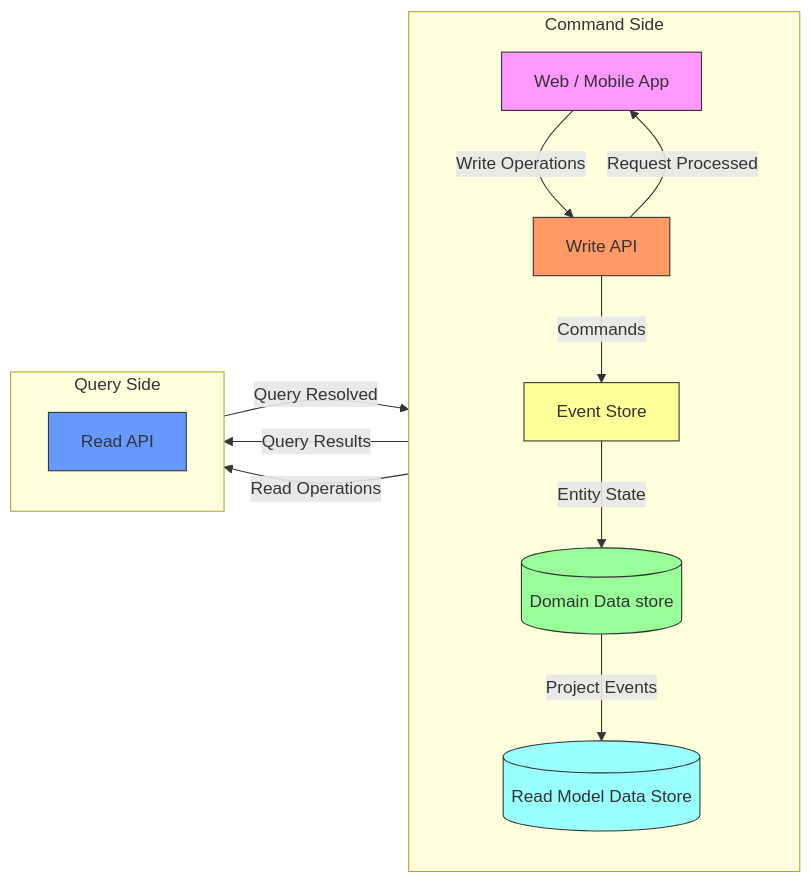
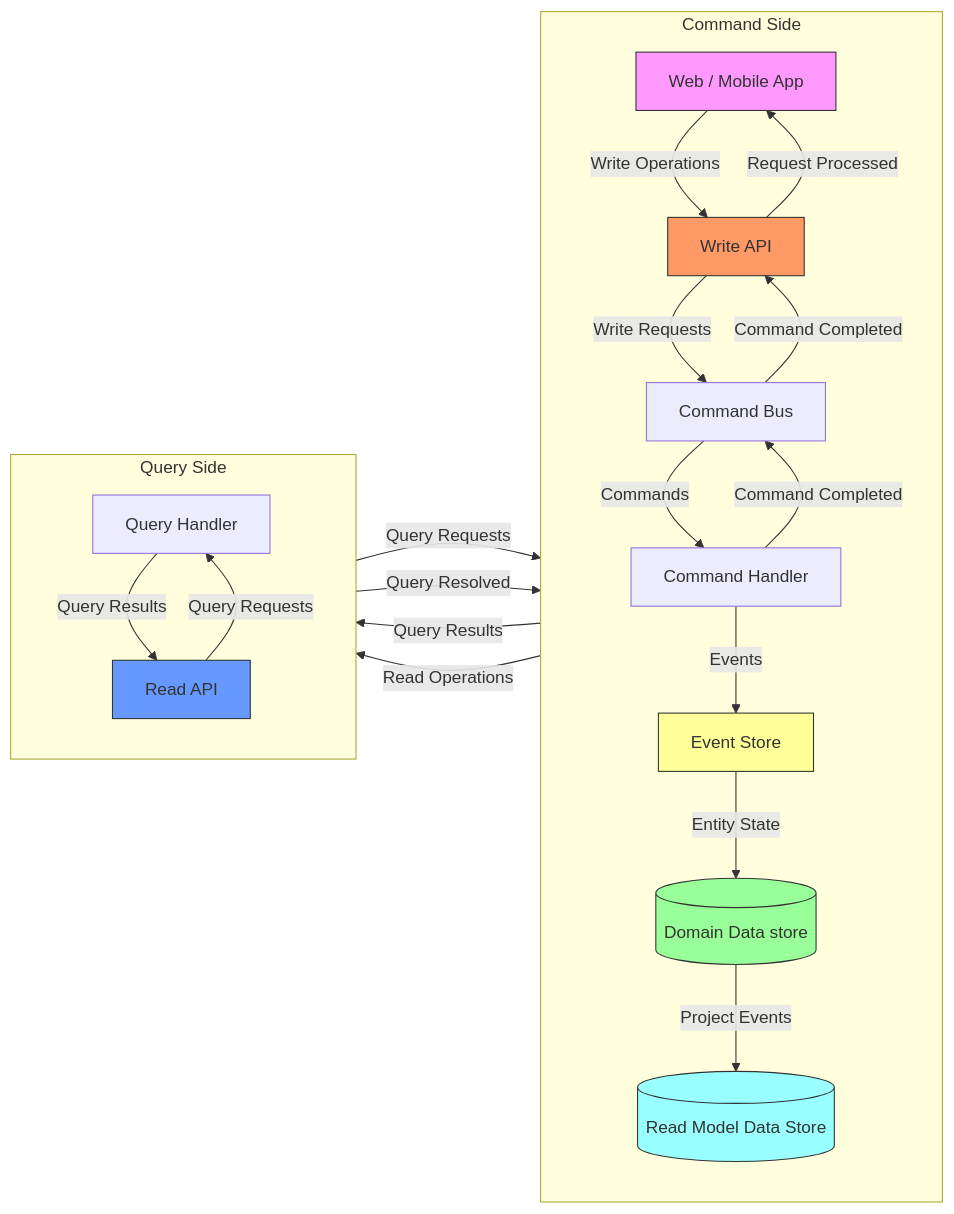
One commit to staruser143/Technology-Talks changed the diagram in diagram/Event Sourcing Flow.md. Above: the diagram before and after it, drawn with Mermaid.

Commit message:
Update Event Sourcing Flow.md

````diff
--- a/diagram/Event Sourcing Flow.md
+++ b/diagram/Event Sourcing Flow.md
@@ -1,33 +1,43 @@
 ```mermaid
 flowchart LR
     Client[Web / Mobile App]
     API[Write API]
     Kafka[Event Store]
+    CommandBus[Command Bus ]
+    CommandHandler[Command Handler ]
     MongoDB[(Domain Data store)]
     ReadDB[(Read Model Data Store)]
+    QueryHandler[Query Handler]
     
     subgraph Command Side
         direction TB
-        API --> |Commands| Kafka
+        API --> |Write Requests| CommandBus
+        CommandBus --> |Commands| CommandHandler
+        CommandHandler --> |Events| Kafka
         Kafka --> |Entity State| MongoDB
         MongoDB --> |Project Events| ReadDB
+        CommandHandler --> |Command Completed| CommandBus
+        CommandBus --> |Command Completed| API
         API --> |Request Processed| Client
     end
     
     subgraph Query Side
         direction TB
         ReadAPI[Read API]
-        ReadDB --> |Query Results| ReadAPI
+        ReadAPI --> |Query Requests| QueryHandler
+        QueryHandler --> |Query Requests| ReadDB
+        ReadDB --> |Query Results| QueryHandler
+        QueryHandler --> |Query Results| ReadAPI
         ReadAPI -->|Query Resolved| Client
     end
     
     Client --> |Write Operations| API
     Client --> |Read Operations| ReadAPI
 
     style Client fill:#f9f,stroke:#333
     style Kafka fill:#ff9,stroke:#333
     style MongoDB fill:#9f9,stroke:#333
     style ReadDB fill:#9ff,stroke:#333
     style API fill:#f96,stroke:#333
     style ReadAPI fill:#69f,stroke:#333
 ```
````
